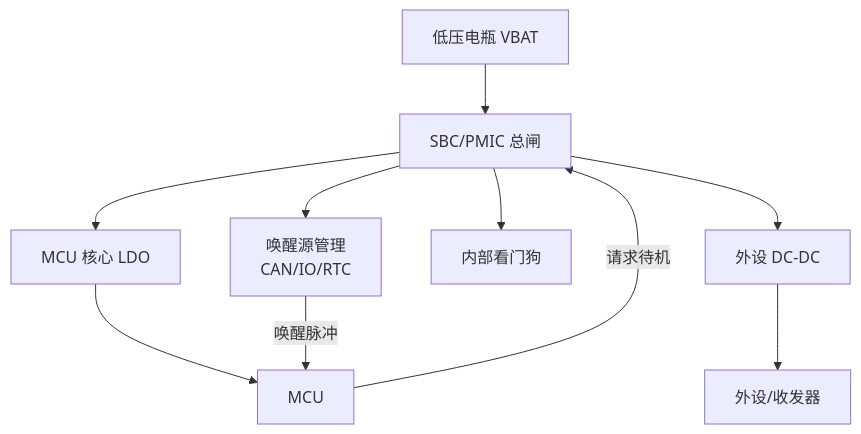
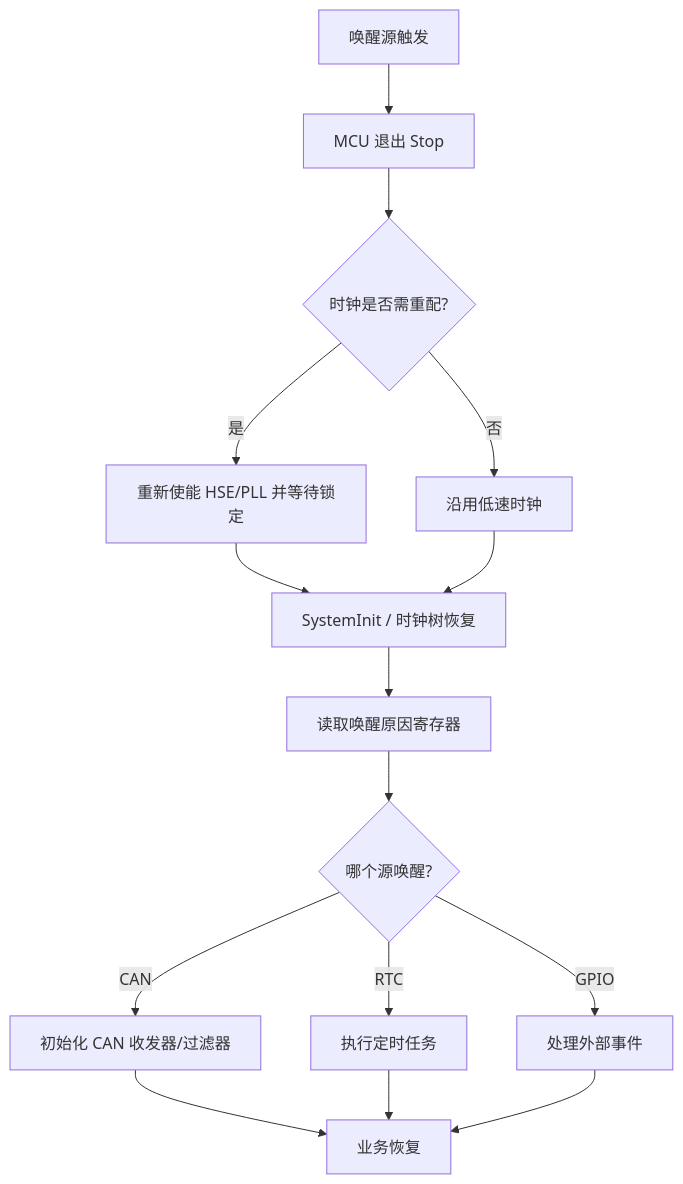
Before and after one commit to 1208826038/embedded-skill-notes: the sixth of 9 diagrams in articles/13-low-power.md, drawn with Mermaid. The commit also changed other lines of this file, not shown here.

````diff
--- a/articles/13-low-power.md
+++ b/articles/13-low-power.md
@@ -48,12 +410,17 @@
 ```mermaid
 flowchart TD
-    VBAT[低压电瓶 VBAT] --> SBC[SBC/PMIC 总闸]
-    SBC --> LDO1[MCU 核心 LDO]
-    SBC --> DC1[外设 DC-DC]
-    SBC --> WDT[内部看门狗]
-    SBC --> WAKE[唤醒源管理<br/>CAN/IO/RTC]
-    LDO1 --> MCU[MCU]
-    DC1 --> PER[外设/收发器]
-    WAKE -->|唤醒脉冲| MCU
-    MCU -->|请求待机| SBC
+    W[唤醒源触发] --> R[MCU 退出 Stop]
+    R --> C{时钟是否需重配?}
+    C -->|是| P[重新使能 HSE/PLL 并等待锁定]
+    C -->|否| D[沿用低速时钟]
+    P --> E[SystemInit / 时钟树恢复]
+    D --> E
+    E --> F[读取唤醒原因寄存器]
+    F --> G{哪个源唤醒?}
+    G -->|CAN| H[初始化 CAN 收发器/过滤器]
+    G -->|RTC| I[执行定时任务]
+    G -->|GPIO| J[处理外部事件]
+    H --> K[业务恢复]
+    I --> K
+    J --> K
 ```
````
